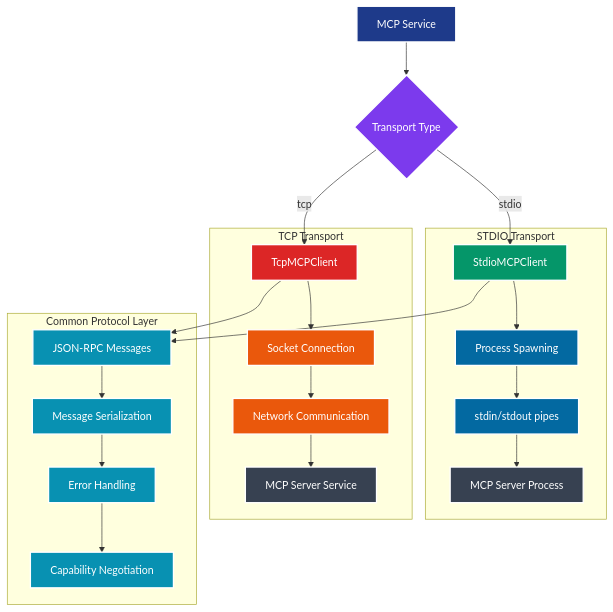
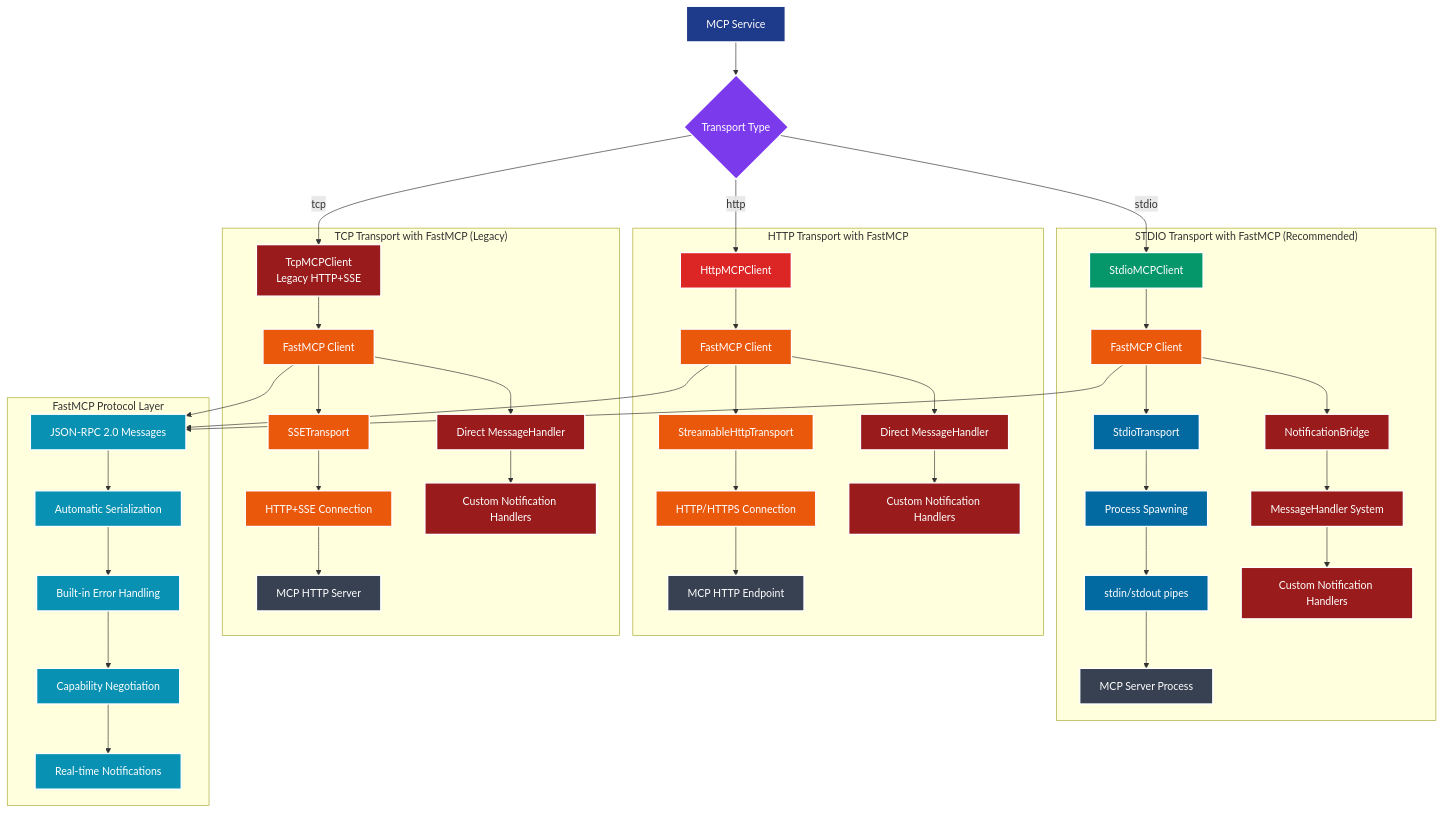
Before and after one commit to paulrobello/par-mcp-inspector-tui: the fourth of 11 diagrams in docs/diagrams.md, drawn with Mermaid. The commit also changed other lines of this file and 22 other files, not shown here.

````diff
--- a/docs/diagrams.md
+++ b/docs/diagrams.md
@@ -213,45 +232,85 @@
     A[MCP Service] --> B{Transport Type}
 
     B -->|stdio| C[StdioMCPClient]
-    B -->|tcp| D[TcpMCPClient]
+    B -->|http| D[HttpMCPClient]
+    B -->|tcp| E[TcpMCPClient<br/>Legacy HTTP+SSE]
 
-    subgraph "STDIO Transport"
-        C --> E[Process Spawning]
-        E --> F[stdin/stdout pipes]
-        F --> G[MCP Server Process]
+    subgraph "STDIO Transport with FastMCP (Recommended)"
+        C --> C1[FastMCP Client]
+        C1 --> C2[StdioTransport]
+        C2 --> C3[Process Spawning]
+        C3 --> C4[stdin/stdout pipes]
+        C4 --> C5[MCP Server Process]
+
+        C1 --> C6[NotificationBridge]
+        C6 --> C7[MessageHandler System]
+        C7 --> C8[Custom Notification Handlers]
     end
 
-    subgraph "TCP Transport"
-        D --> H[Socket Connection]
-        H --> I[Network Communication]
-        I --> J[MCP Server Service]
+    subgraph "HTTP Transport with FastMCP"
+        D --> D1[FastMCP Client]
+        D1 --> D2[StreamableHttpTransport]
+        D2 --> D3[HTTP/HTTPS Connection]
+        D3 --> D4[MCP HTTP Endpoint]
+
+        D1 --> D6[Direct MessageHandler]
+        D6 --> D7[Custom Notification Handlers]
     end
 
-    subgraph "Common Protocol Layer"
-        K[JSON-RPC Messages]
-        L[Message Serialization]
-        M[Error Handling]
-        N[Capability Negotiation]
+    subgraph "TCP Transport with FastMCP (Legacy)"
+        E --> E1[FastMCP Client]
+        E1 --> E2[SSETransport]
+        E2 --> E3[HTTP+SSE Connection]
+        E3 --> E4[MCP HTTP Server]
+
+        E1 --> E6[Direct MessageHandler]
+        E6 --> E7[Custom Notification Handlers]
     end
 
-    C --> K
-    D --> K
+    subgraph "FastMCP Protocol Layer"
+        K[JSON-RPC 2.0 Messages]
+        L[Automatic Serialization]
+        M[Built-in Error Handling]
+        N[Capability Negotiation]
+        O[Real-time Notifications]
+    end
+
+    C1 --> K
+    D1 --> K
+    E1 --> K
     K --> L
     L --> M
     M --> N
+    N --> O
 
     style A fill:#1e3a8a,stroke:#ffffff,stroke-width:2px,color:#ffffff
     style B fill:#7c3aed,stroke:#ffffff,stroke-width:2px,color:#ffffff
     style C fill:#059669,stroke:#ffffff,stroke-width:2px,color:#ffffff
     style D fill:#dc2626,stroke:#ffffff,stroke-width:2px,color:#ffffff
-    style E fill:#0369a1,stroke:#ffffff,stroke-width:2px,color:#ffffff
-    style F fill:#0369a1,stroke:#ffffff,stroke-width:2px,color:#ffffff
-    style G fill:#374151,stroke:#ffffff,stroke-width:2px,color:#ffffff
-    style H fill:#ea580c,stroke:#ffffff,stroke-width:2px,color:#ffffff
-    style I fill:#ea580c,stroke:#ffffff,stroke-width:2px,color:#ffffff
-    style J fill:#374151,stroke:#ffffff,stroke-width:2px,color:#ffffff
+    style E fill:#991b1b,stroke:#ffffff,stroke-width:2px,color:#ffffff
+    style C1 fill:#ea580c,stroke:#ffffff,stroke-width:2px,color:#ffffff
+    style C2 fill:#0369a1,stroke:#ffffff,stroke-width:2px,color:#ffffff
+    style C3 fill:#0369a1,stroke:#ffffff,stroke-width:2px,color:#ffffff
+    style C4 fill:#0369a1,stroke:#ffffff,stroke-width:2px,color:#ffffff
+    style C5 fill:#374151,stroke:#ffffff,stroke-width:2px,color:#ffffff
+    style C6 fill:#991b1b,stroke:#ffffff,stroke-width:2px,color:#ffffff
+    style C7 fill:#991b1b,stroke:#ffffff,stroke-width:2px,color:#ffffff
+    style C8 fill:#991b1b,stroke:#ffffff,stroke-width:2px,color:#ffffff
+    style D1 fill:#ea580c,stroke:#ffffff,stroke-width:2px,color:#ffffff
+    style D2 fill:#ea580c,stroke:#ffffff,stroke-width:2px,color:#ffffff
+    style D3 fill:#ea580c,stroke:#ffffff,stroke-width:2px,color:#ffffff
+    style D4 fill:#374151,stroke:#ffffff,stroke-width:2px,color:#ffffff
+    style D6 fill:#991b1b,stroke:#ffffff,stroke-width:2px,color:#ffffff
+    style D7 fill:#991b1b,stroke:#ffffff,stroke-width:2px,color:#ffffff
+    style E1 fill:#ea580c,stroke:#ffffff,stroke-width:2px,color:#ffffff
+    style E2 fill:#ea580c,stroke:#ffffff,stroke-width:2px,color:#ffffff
+    style E3 fill:#ea580c,stroke:#ffffff,stroke-width:2px,color:#ffffff
+    style E4 fill:#374151,stroke:#ffffff,stroke-width:2px,color:#ffffff
+    style E6 fill:#991b1b,stroke:#ffffff,stroke-width:2px,color:#ffffff
+    style E7 fill:#991b1b,stroke:#ffffff,stroke-width:2px,color:#ffffff
     style K fill:#0891b2,stroke:#ffffff,stroke-width:2px,color:#ffffff
     style L fill:#0891b2,stroke:#ffffff,stroke-width:2px,color:#ffffff
     style M fill:#0891b2,stroke:#ffffff,stroke-width:2px,color:#ffffff
     style N fill:#0891b2,stroke:#ffffff,stroke-width:2px,color:#ffffff
+    style O fill:#0891b2,stroke:#ffffff,stroke-width:2px,color:#ffffff
 ```
````
